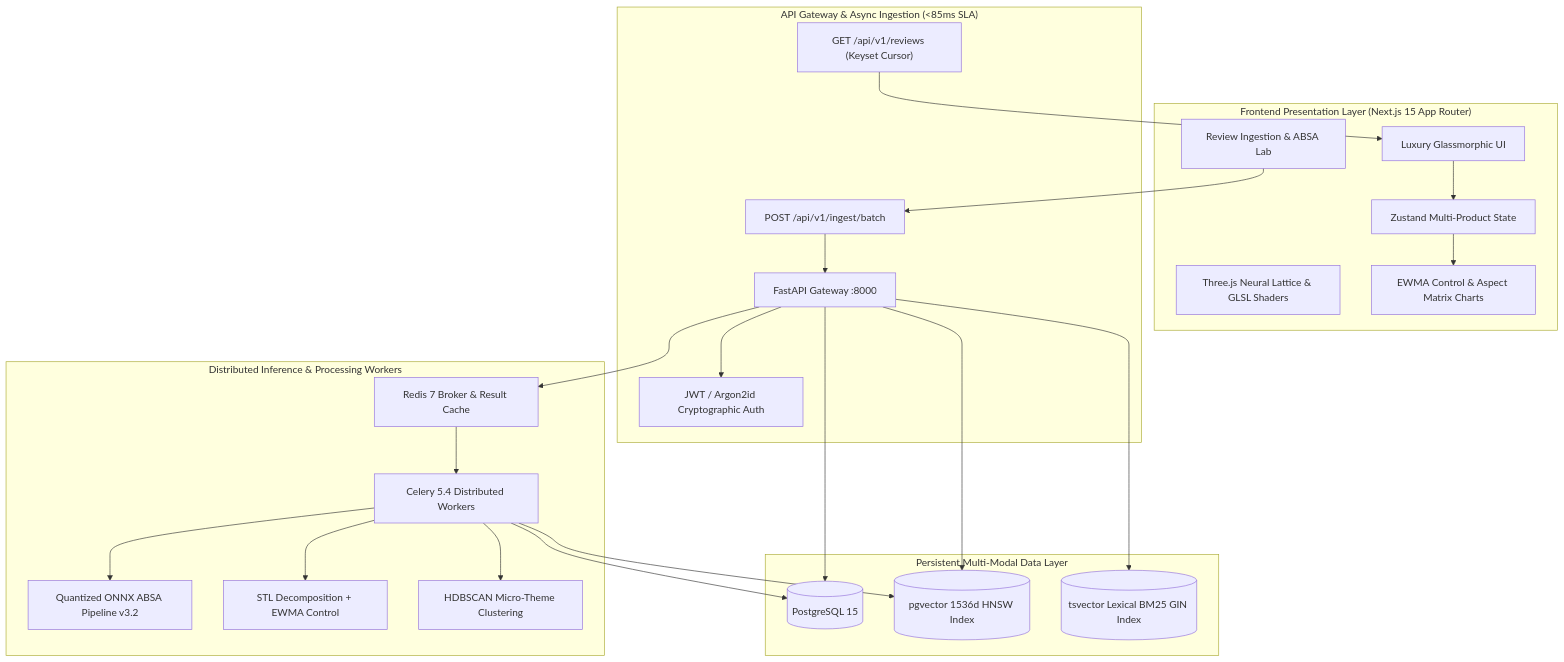
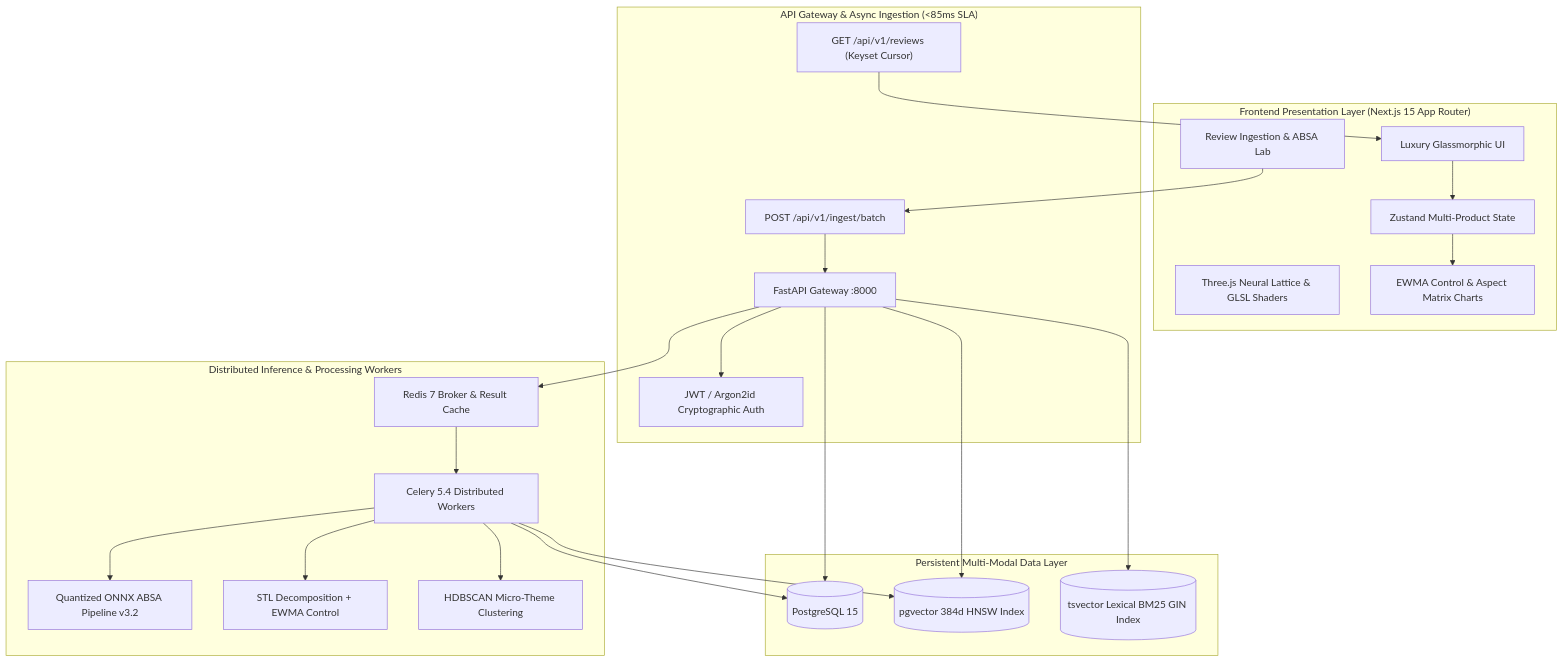
One commit to snOOzerr025/BrandGuard changed the diagram in README.md. Above: the diagram before and after it, drawn with Mermaid. The commit also changed other lines of this file, not shown here.

````diff
--- a/README.md
+++ b/README.md
@@ -31,48 +46,48 @@
 ```mermaid
 graph TD
     subgraph Client ["Frontend Presentation Layer (Next.js 15 App Router)"]
         UI[Luxury Glassmorphic UI]
         WebGL[Three.js Neural Lattice & GLSL Shaders]
         Lab[Review Ingestion & ABSA Lab]
         Store[Zustand Multi-Product State]
         Charts[EWMA Control & Aspect Matrix Charts]
     end
 
     subgraph Gateway ["API Gateway & Async Ingestion (<85ms SLA)"]
         FastAPI[FastAPI Gateway :8000]
         Auth[JWT / Argon2id Cryptographic Auth]
         BatchRoute["POST /api/v1/ingest/batch"]
         StreamRoute["GET /api/v1/reviews (Keyset Cursor)"]
     end
 
     subgraph Processing ["Distributed Inference & Processing Workers"]
         Redis[Redis 7 Broker & Result Cache]
         Celery[Celery 5.4 Distributed Workers]
         ONNX[Quantized ONNX ABSA Pipeline v3.2]
         STL[STL Decomposition + EWMA Control]
         HDBSCAN[HDBSCAN Micro-Theme Clustering]
     end
 
     subgraph Storage ["Persistent Multi-Modal Data Layer"]
         PG[(PostgreSQL 15)]
-        PGV[(pgvector 1536d HNSW Index)]
+        PGV[(pgvector 384d HNSW Index)]
         TSV[(tsvector Lexical BM25 GIN Index)]
     end
 
     UI --> Store
     Store --> Charts
     Lab --> BatchRoute
     BatchRoute --> FastAPI
     FastAPI --> Auth
     FastAPI --> Redis
     Redis --> Celery
     Celery --> ONNX
     Celery --> STL
     Celery --> HDBSCAN
     Celery --> PG
     Celery --> PGV
     FastAPI --> PG
     FastAPI --> PGV
     FastAPI --> TSV
     StreamRoute --> UI
 ```
````
